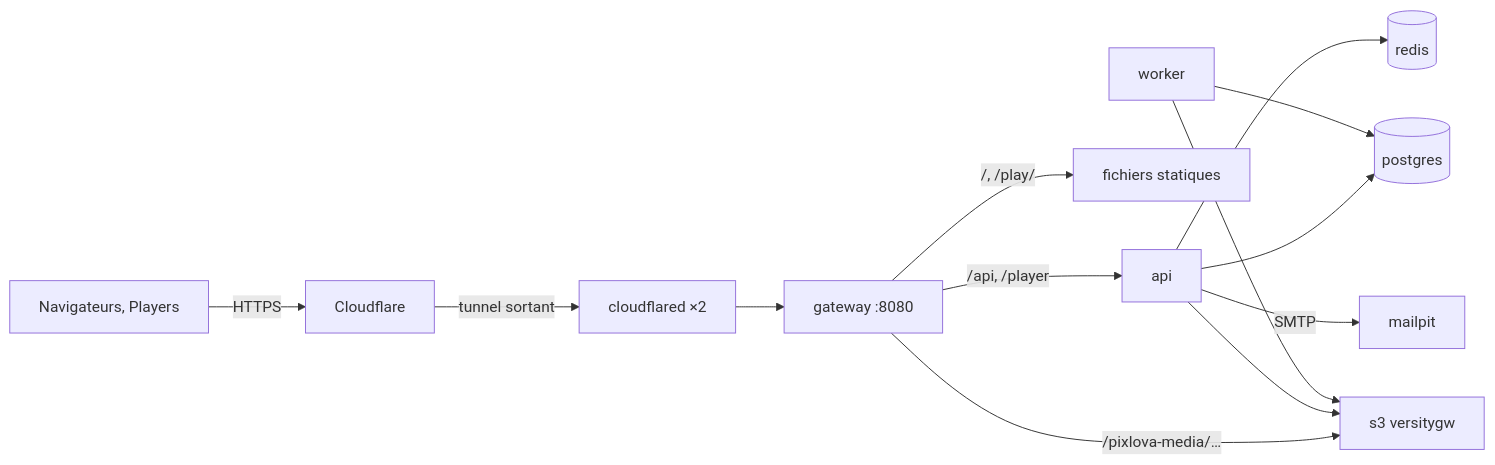
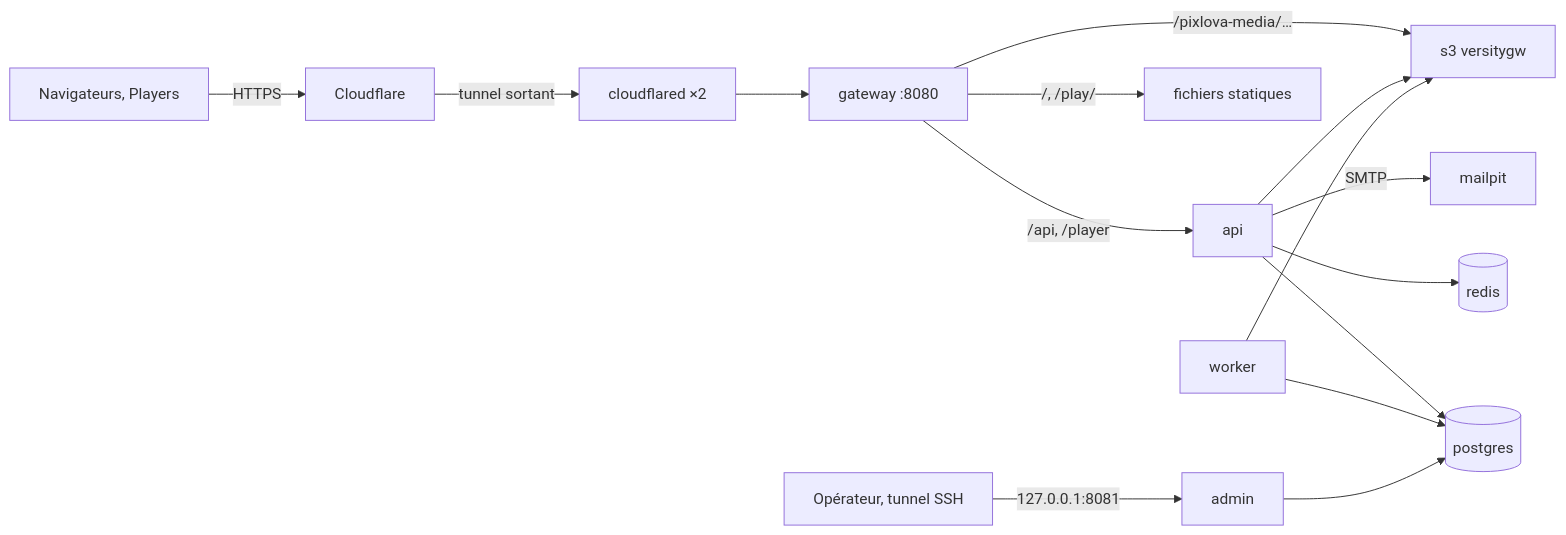
The diagram in docs/operations/RECETTE.md (clempasquiet/pixlovadev), drawn with Mermaid before and after one commit. The commit also changed other lines of this file and 7 other files, not shown here.

````diff
--- a/docs/operations/RECETTE.md
+++ b/docs/operations/RECETTE.md
@@ -7,15 +7,17 @@
 ```mermaid
 flowchart LR
   U[Navigateurs, Players] -->|HTTPS| CF[Cloudflare]
   CF -->|tunnel sortant| T[cloudflared ×2]
   T --> G[gateway :8080]
   G -->|/api, /player| A[api]
   G -->|/pixlova-media/…| S[s3 versitygw]
   G -->|/, /play/| St[fichiers statiques]
   A --> P[(postgres)]
   A --> R[(redis)]
   A --> S
   A -->|SMTP| M[mailpit]
   W[worker] --> P
   W --> S
+  O[Opérateur, tunnel SSH] -->|127.0.0.1:8081| AD[admin]
+  AD --> P
 ```
````
